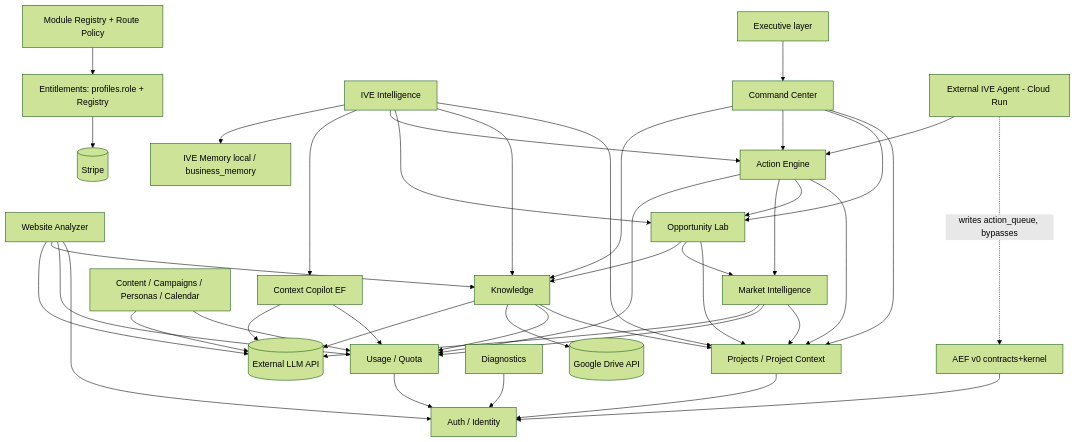
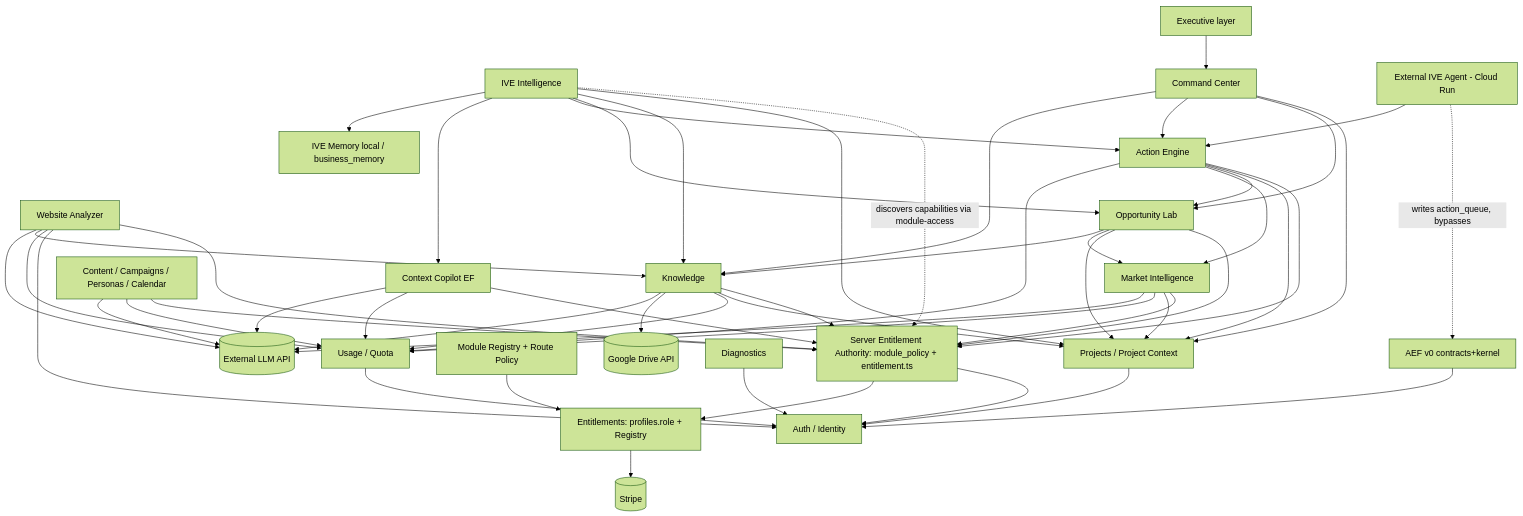
One commit to jonnipm-web/ai-social-copilot changed the diagram in docs/architecture/modules/MODULE_DEPENDENCY_MAP.md. Above: the diagram before and after it, drawn with Mermaid (forest theme). The commit also changed other lines of this file and 7 other files, not shown here.

First line of the commit message:
docs(module-lab): Entitlement Core architecture, foundation closure, patches for main

````diff
--- a/docs/architecture/modules/MODULE_DEPENDENCY_MAP.md
+++ b/docs/architecture/modules/MODULE_DEPENDENCY_MAP.md
@@ -14,59 +15,70 @@
 ```mermaid
 graph TD
   AUTH[Auth / Identity]
   PROJ[Projects / Project Context]
   KNOW[Knowledge]
   QUOTA[Usage / Quota]
   ENT[Entitlements: profiles.role + Registry]
+  SENT[Server Entitlement Authority: module_policy + entitlement.ts]
+  SENT --> AUTH
+  SENT --> ENT
+  WEB --> SENT
+  MI --> SENT
+  OPP --> SENT
+  ACT --> SENT
+  KNOW --> SENT
+  COP --> SENT
+  CONTENT --> SENT
+  IVE -. discovers capabilities via module-access .-> SENT
   REG[Module Registry + Route Policy]
   IVE[IVE Intelligence]
   COP[Context Copilot EF]
   MEM[IVE Memory local / business_memory]
   AEF[AEF v0 contracts+kernel]
   DIAG[Diagnostics]
   LLM[(External LLM API)]
   DRIVE[(Google Drive API)]
   STRIPE[(Stripe)]
 
   WEB[Website Analyzer] --> AUTH
   WEB --> QUOTA
   WEB --> KNOW
   WEB --> LLM
   MI[Market Intelligence] --> PROJ
   MI --> QUOTA
   MI --> LLM
   OPP[Opportunity Lab] --> PROJ
   OPP --> MI
   OPP --> KNOW
   ACT[Action Engine] --> PROJ
   ACT --> OPP
   ACT --> MI
   ACT --> QUOTA
   CC[Command Center] --> PROJ
   CC --> OPP
   CC --> ACT
   CC --> KNOW
   EXEC[Executive layer] --> CC
   KNOW --> PROJ
   KNOW --> QUOTA
   KNOW --> DRIVE
   KNOW --> LLM
   IVE --> PROJ
   IVE --> KNOW
   IVE --> OPP
   IVE --> ACT
   IVE --> COP
   IVE --> MEM
   COP --> QUOTA
   COP --> LLM
   ENT --> STRIPE
   REG --> ENT
   CONTENT[Content / Campaigns / Personas / Calendar] --> QUOTA
   CONTENT --> LLM
   EXT[External IVE Agent - Cloud Run] -. writes action_queue, bypasses .-> AEF
   EXT --> ACT
   AEF --> AUTH
   PROJ --> AUTH
   QUOTA --> AUTH
   DIAG --> AUTH
 ```
````
